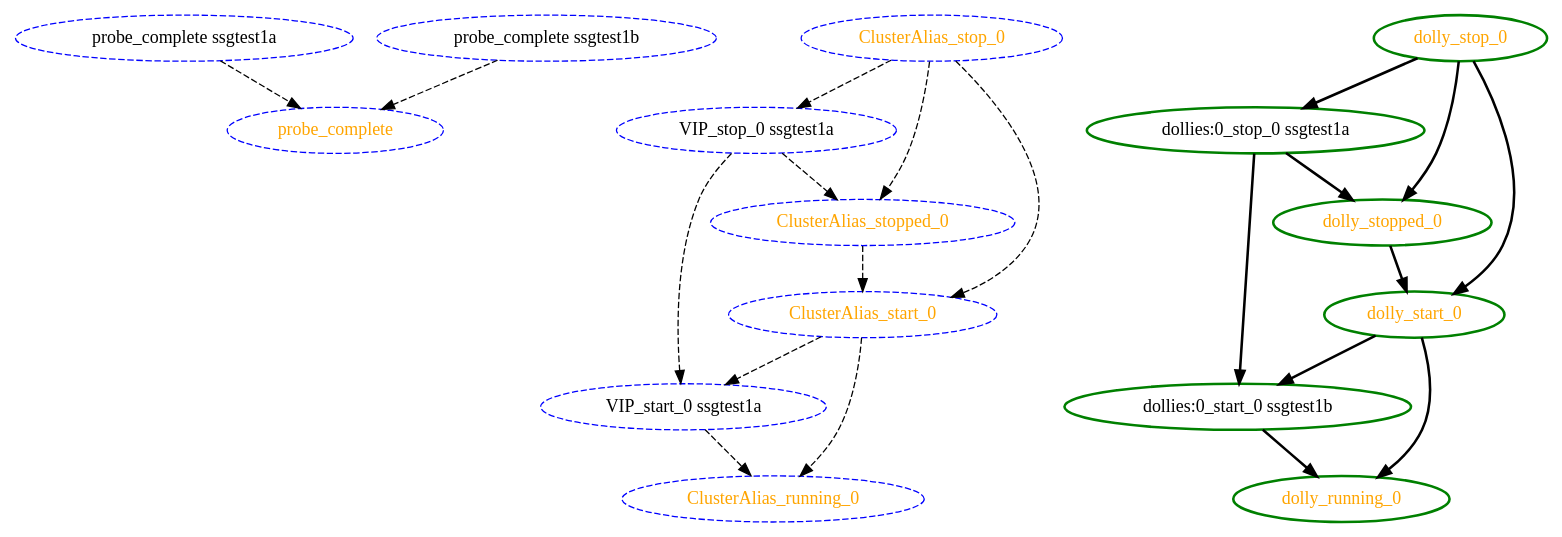
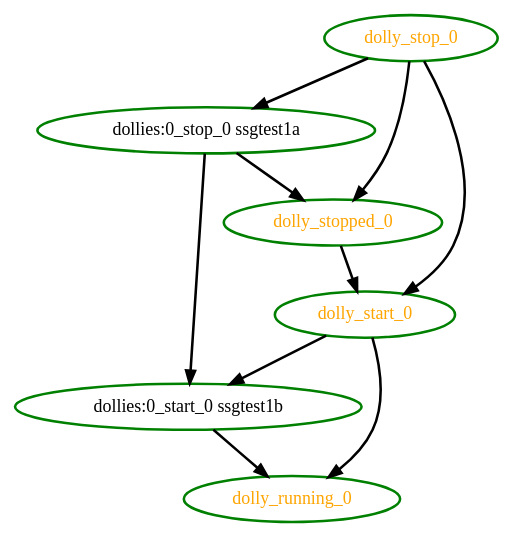
The diagram in crm/pengine/testcases/1360.dot (richiewen8/heartbeat), drawn with Graphviz before and after one commit. The commit also changed 100 other files, not shown here.

```diff
--- a/crm/pengine/testcases/1360.dot
+++ b/crm/pengine/testcases/1360.dot
@@ -1,38 +1,18 @@
 digraph "g" {
 	size = "30,30"
-"probe_complete" [ style="dashed" color="blue" fontcolor="orange" ]
-"probe_complete ssgtest1a" [ style="dashed" color="blue" fontcolor="black" ]
-"probe_complete ssgtest1b" [ style="dashed" color="blue" fontcolor="black" ]
-"VIP_stop_0 ssgtest1a" [ style="dashed" color="blue" fontcolor="black" ]
-"VIP_start_0 ssgtest1a" [ style="dashed" color="blue" fontcolor="black" ]
-"ClusterAlias_start_0" [ style="dashed" color="blue" fontcolor="orange" ]
-"ClusterAlias_running_0" [ style="dashed" color="blue" fontcolor="orange" ]
-"ClusterAlias_stop_0" [ style="dashed" color="blue" fontcolor="orange" ]
-"ClusterAlias_stopped_0" [ style="dashed" color="blue" fontcolor="orange" ]
 "dollies:0_stop_0 ssgtest1a" [ style=bold color="green" fontcolor="black" ]
 "dollies:0_start_0 ssgtest1b" [ style=bold color="green" fontcolor="black" ]
 "dolly_start_0" [ style=bold color="green" fontcolor="orange" ]
 "dolly_running_0" [ style=bold color="green" fontcolor="orange" ]
 "dolly_stop_0" [ style=bold color="green" fontcolor="orange" ]
 "dolly_stopped_0" [ style=bold color="green" fontcolor="orange" ]
-"probe_complete ssgtest1a" -> "probe_complete" [ style = dashed]
-"probe_complete ssgtest1b" -> "probe_complete" [ style = dashed]
-"ClusterAlias_stop_0" -> "VIP_stop_0 ssgtest1a" [ style = dashed]
-"VIP_stop_0 ssgtest1a" -> "VIP_start_0 ssgtest1a" [ style = dashed]
-"ClusterAlias_start_0" -> "VIP_start_0 ssgtest1a" [ style = dashed]
-"ClusterAlias_stop_0" -> "ClusterAlias_start_0" [ style = dashed]
-"ClusterAlias_stopped_0" -> "ClusterAlias_start_0" [ style = dashed]
-"ClusterAlias_start_0" -> "ClusterAlias_running_0" [ style = dashed]
-"VIP_start_0 ssgtest1a" -> "ClusterAlias_running_0" [ style = dashed]
-"ClusterAlias_stop_0" -> "ClusterAlias_stopped_0" [ style = dashed]
-"VIP_stop_0 ssgtest1a" -> "ClusterAlias_stopped_0" [ style = dashed]
 "dolly_stop_0" -> "dollies:0_stop_0 ssgtest1a" [ style = bold]
 "dollies:0_stop_0 ssgtest1a" -> "dollies:0_start_0 ssgtest1b" [ style = bold]
 "dolly_start_0" -> "dollies:0_start_0 ssgtest1b" [ style = bold]
 "dolly_stop_0" -> "dolly_start_0" [ style = bold]
 "dolly_stopped_0" -> "dolly_start_0" [ style = bold]
 "dollies:0_start_0 ssgtest1b" -> "dolly_running_0" [ style = bold]
 "dolly_start_0" -> "dolly_running_0" [ style = bold]
 "dollies:0_stop_0 ssgtest1a" -> "dolly_stopped_0" [ style = bold]
 "dolly_stop_0" -> "dolly_stopped_0" [ style = bold]
 }
```
